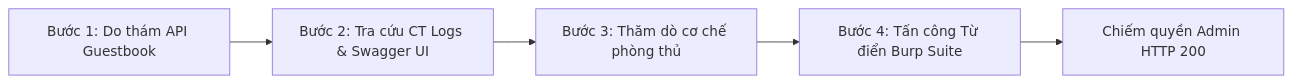
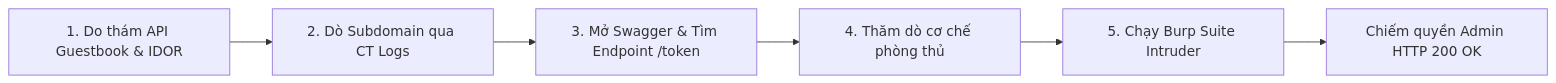
Before and after one commit to Johnyyd/ATMMT: the diagram in chapter_content/Chuong3_TrienKhaiKichBanTanCong.md, drawn with Mermaid. The commit also changed other lines of this file and 6 other files, not shown here.

````diff
--- a/chapter_content/Chuong3_TrienKhaiKichBanTanCong.md
+++ b/chapter_content/Chuong3_TrienKhaiKichBanTanCong.md
@@ -74,7 +70,8 @@
 ```mermaid
 flowchart LR
-    B1[Bước 1: Do thám API Guestbook] --> B2[Bước 2: Tra cứu CT Logs & Swagger UI]
-    B2 --> B3[Bước 3: Thăm dò cơ chế phòng thủ]
-    B3 --> B4[Bước 4: Tấn công Từ điển Burp Suite]
-    B4 --> B5[Chiếm quyền Admin HTTP 200]
+    Step1[1. Do thám API Guestbook & IDOR] --> Step2[2. Dò Subdomain qua CT Logs]
+    Step2 --> Step3[3. Mở Swagger & Tìm Endpoint /token]
+    Step3 --> Step4[4. Thăm dò cơ chế phòng thủ]
+    Step4 --> Step5[5. Chạy Burp Suite Intruder]
+    Step5 --> Step6[Chiếm quyền Admin HTTP 200 OK]
 ```
````
